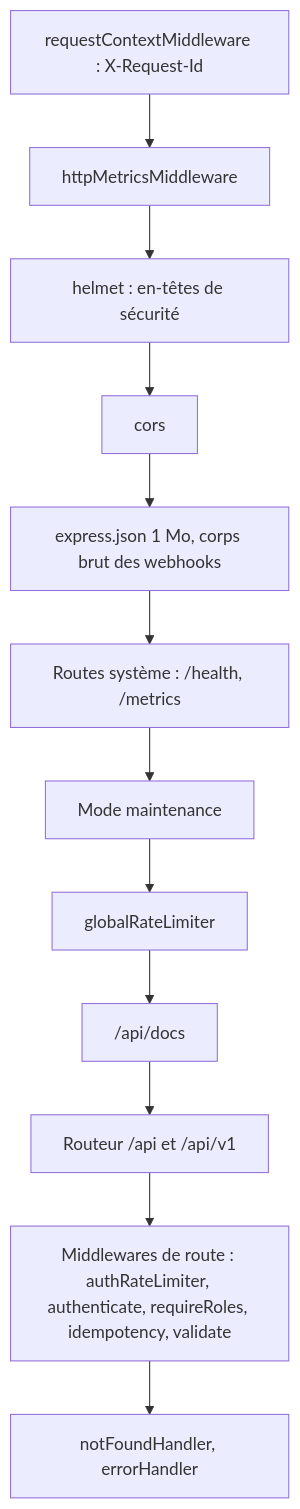
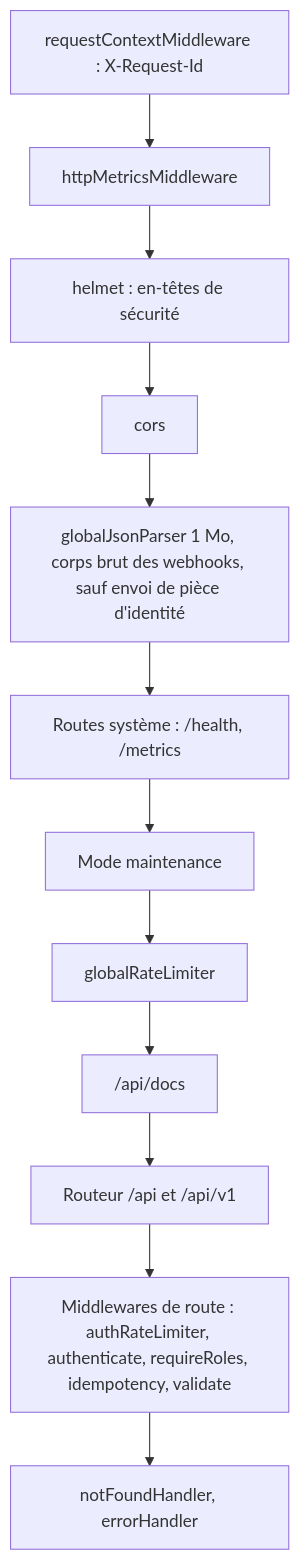
One commit to MarceauTDML/BlockLucky changed the diagram in documentation-officielle/content/securite/protection-api.md. Above: the diagram before and after it, drawn with Mermaid. The commit also changed other lines of this file and 82 other files, not shown here.

````diff
--- a/documentation-officielle/content/securite/protection-api.md
+++ b/documentation-officielle/content/securite/protection-api.md
@@ -7,14 +7,14 @@
 ```mermaid
 flowchart TD
     A["requestContextMiddleware : X-Request-Id"] --> B["httpMetricsMiddleware"]
     B --> C["helmet : en-têtes de sécurité"]
     C --> D["cors"]
-    D --> E["express.json 1 Mo, corps brut des webhooks"]
+    D --> E["globalJsonParser 1 Mo, corps brut des webhooks, sauf envoi de pièce d'identité"]
     E --> F["Routes système : /health, /metrics"]
     F --> G["Mode maintenance"]
     G --> H["globalRateLimiter"]
     H --> I["/api/docs"]
     I --> J["Routeur /api et /api/v1"]
     J --> K["Middlewares de route : authRateLimiter, authenticate, requireRoles, idempotency, validate"]
     K --> L["notFoundHandler, errorHandler"]
 ```
````
